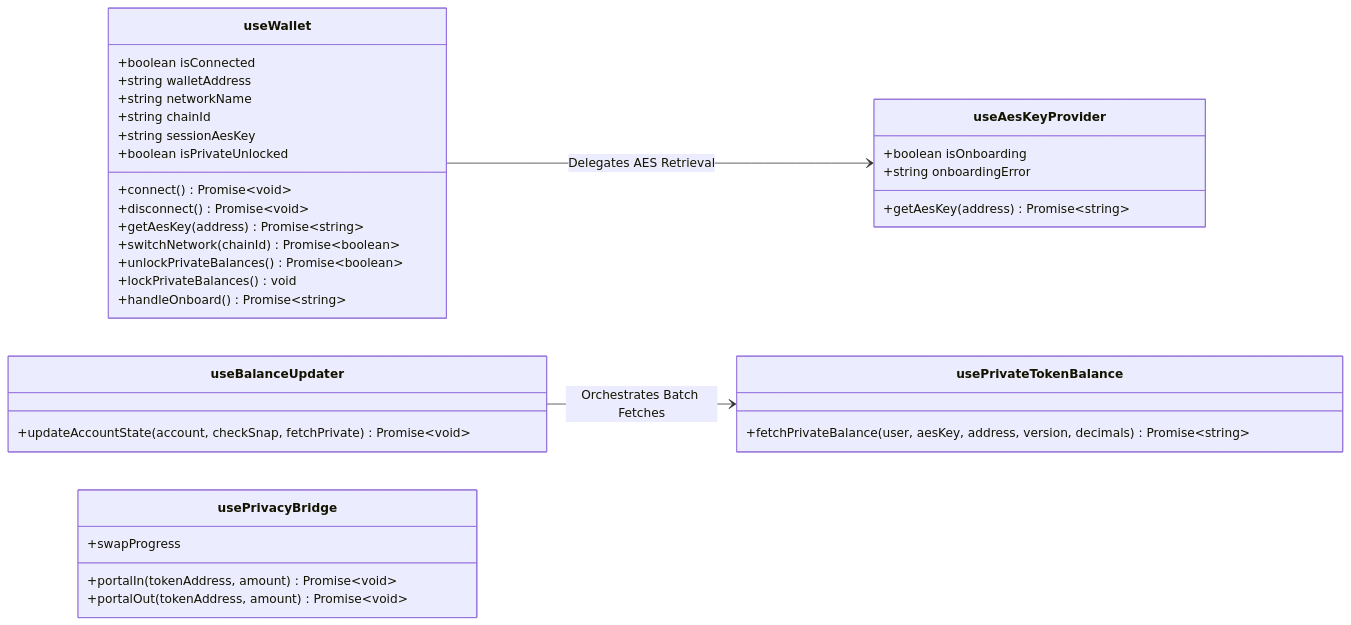
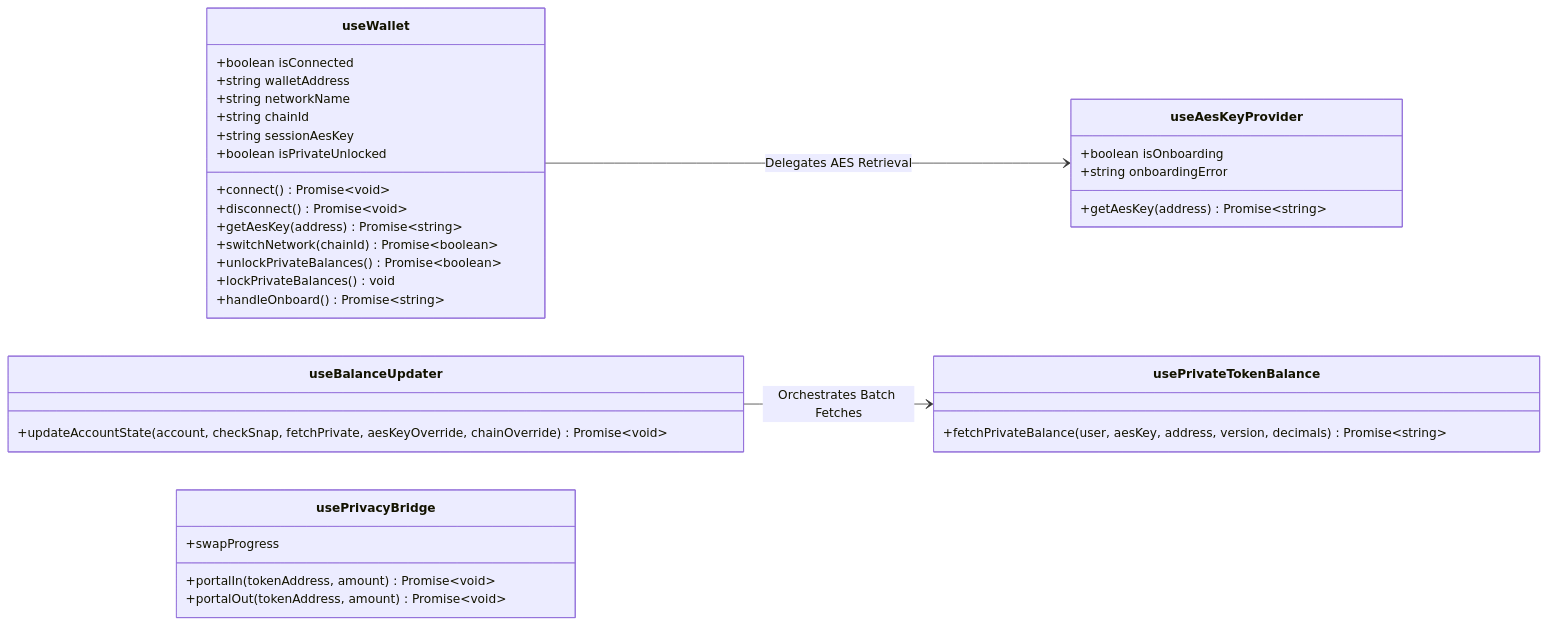
Before and after one commit to coti-io/coti-wallet-plugin: the diagram in README.md, drawn with Mermaid. The commit also changed other lines of this file and 6 other files, not shown here.

````diff
--- a/README.md
+++ b/README.md
@@ -32,43 +32,43 @@
 ```mermaid
 classDiagram
     direction LR
 
     class useWallet {
         +boolean isConnected
         +string walletAddress
         +string networkName
         +string chainId
         +string sessionAesKey
         +boolean isPrivateUnlocked
         +connect() Promise~void~
         +disconnect() Promise~void~
         +getAesKey(address) Promise~string~
         +switchNetwork(chainId) Promise~boolean~
         +unlockPrivateBalances() Promise~boolean~
         +lockPrivateBalances() void
         +handleOnboard() Promise~string~
     }
 
     class usePrivateTokenBalance {
         +fetchPrivateBalance(user, aesKey, address, version, decimals) Promise~string~
     }
 
     class useBalanceUpdater {
-        +updateAccountState(account, checkSnap, fetchPrivate) Promise~void~
+      +updateAccountState(account, checkSnap, fetchPrivate, aesKeyOverride, chainOverride) Promise~void~
     }
 
     class usePrivacyBridge {
         +portalIn(tokenAddress, amount) Promise~void~
         +portalOut(tokenAddress, amount) Promise~void~
         +swapProgress
     }
 
     class useAesKeyProvider {
         +boolean isOnboarding
         +string onboardingError
         +getAesKey(address) Promise~string~
     }
 
     useWallet --> useAesKeyProvider : Delegates AES Retrieval
     useBalanceUpdater --> usePrivateTokenBalance : Orchestrates Batch Fetches
 ```
````
